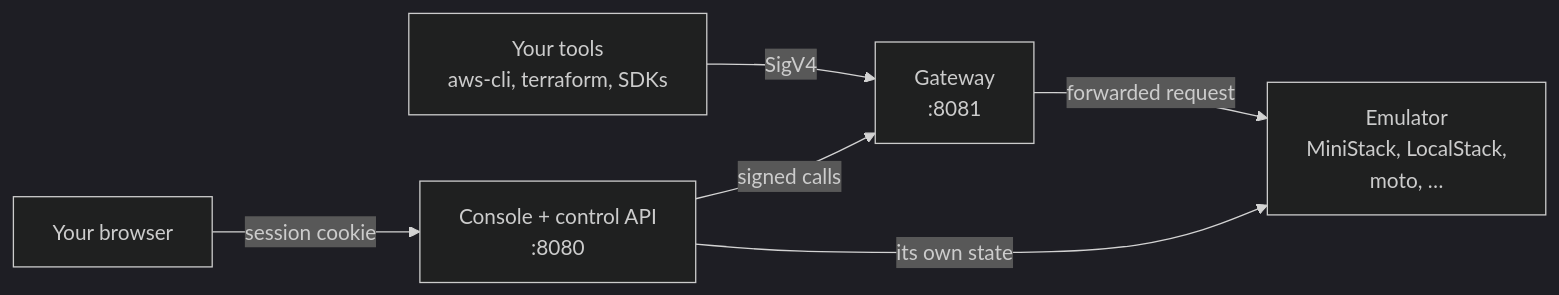
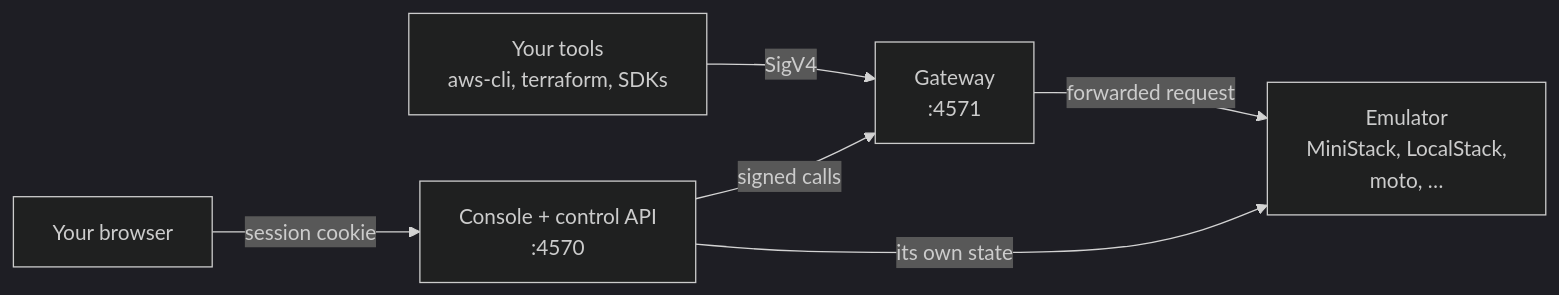
One commit to mathewmusango/emuplane changed the diagram in site/docs/intro.md. Above: the diagram before and after it, drawn with Mermaid (dark theme). The commit also changed 11 other files, not shown here.

````diff
--- a/site/docs/intro.md
+++ b/site/docs/intro.md
@@ -12,8 +12,8 @@
 ```mermaid
 flowchart LR
-  cli["Your tools<br/>aws-cli, terraform, SDKs"] -->|SigV4| gw["Gateway<br/>:8081"]
-  browser["Your browser"] -->|session cookie| ui["Console + control API<br/>:8080"]
+  cli["Your tools<br/>aws-cli, terraform, SDKs"] -->|SigV4| gw["Gateway<br/>:4571"]
+  browser["Your browser"] -->|session cookie| ui["Console + control API<br/>:4570"]
   ui -->|signed calls| gw
   gw -->|forwarded request| emu["Emulator<br/>MiniStack, LocalStack,<br/>moto, …"]
   ui -->|its own state| emu
 ```
````
